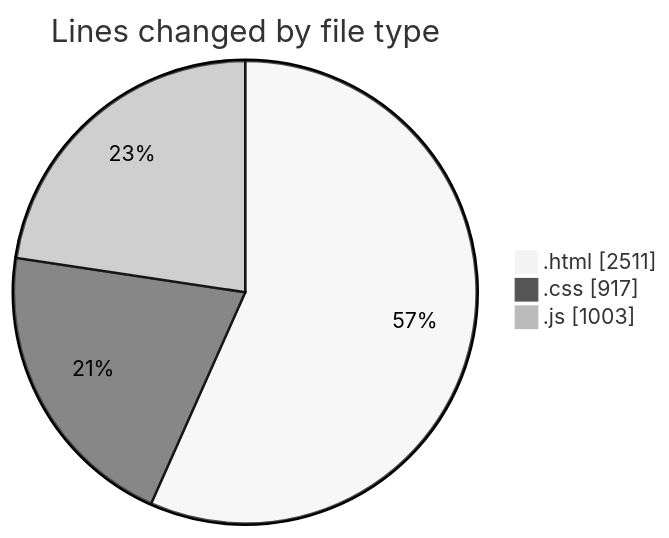
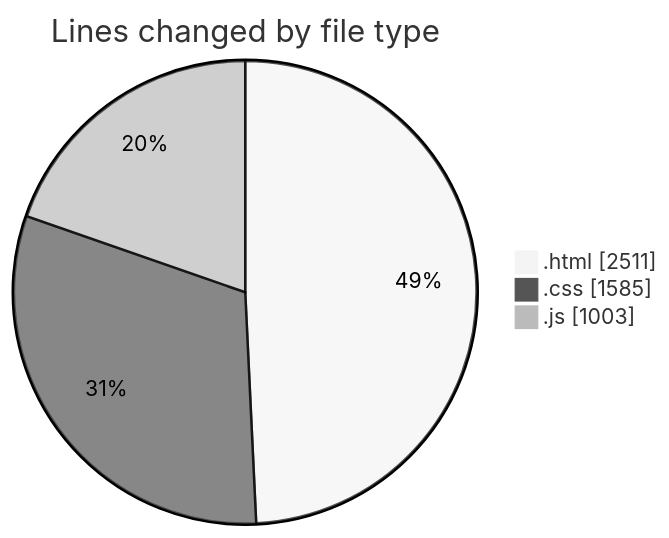
The first of 2 diagrams in 2025-05-24/projects/README.md (Ritupan-Deka/code-tracking), drawn with Mermaid (neutral theme) before and after one commit. The commit also changed other lines of this file and 1 other file, not shown here.

````diff
--- a/2025-05-24/projects/README.md
+++ b/2025-05-24/projects/README.md
@@ -23,7 +23,7 @@
 ```mermaid
 pie showData
 title Lines changed by file type
 ".html" : 2511
-".css" : 917
+".css" : 1585
 ".js" : 1003
 ```
````
